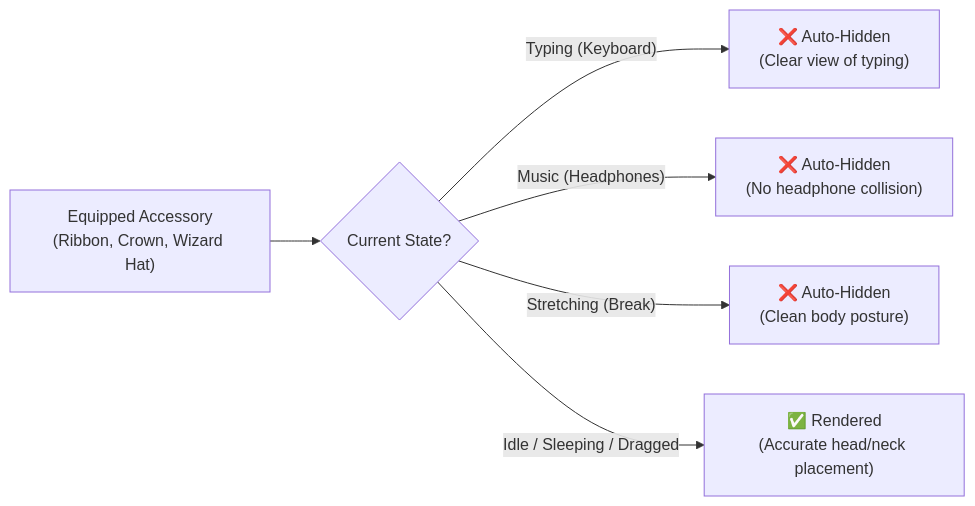
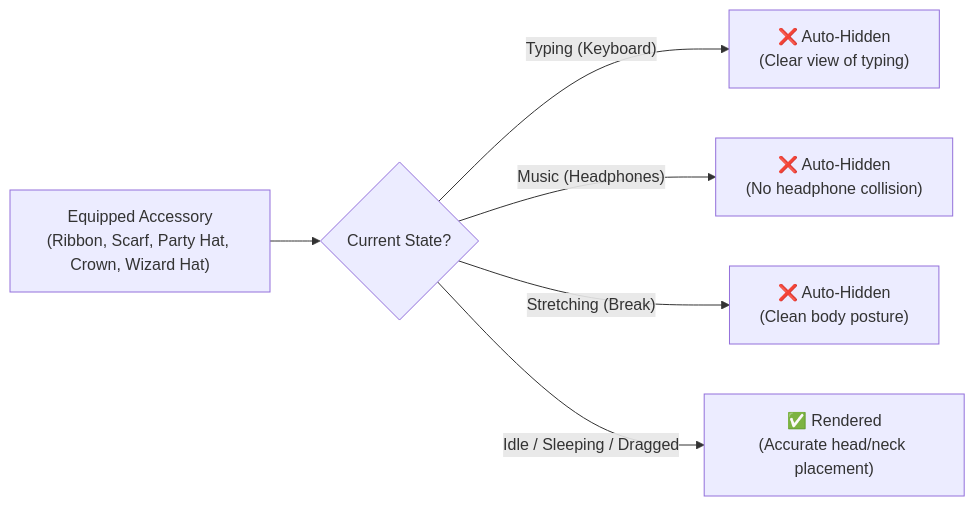
Before and after one commit to MukundhArul/Nyx: the third of 3 diagrams in README.md, drawn with Mermaid. The commit also changed other lines of this file and 2 other files, not shown here.

Commit message:
Feat: Expand Wardrobe (Winter Scarf, Party Hat) and add Feline Breed Coat Patterns (Tuxedo, Ginger Tabby, Calico)

````diff
--- a/README.md
+++ b/README.md
@@ -122,8 +127,8 @@
 ```mermaid
 flowchart LR
-    ACC["Equipped Accessory<br>(Ribbon, Crown, Wizard Hat)"] --> CHECK{"Current State?"}
+    ACC["Equipped Accessory<br>(Ribbon, Scarf, Party Hat, Crown, Wizard Hat)"] --> CHECK{"Current State?"}
     CHECK -->|"Typing (Keyboard)"| HIDE1["❌ Auto-Hidden<br>(Clear view of typing)"]
     CHECK -->|"Music (Headphones)"| HIDE2["❌ Auto-Hidden<br>(No headphone collision)"]
     CHECK -->|"Stretching (Break)"| HIDE3["❌ Auto-Hidden<br>(Clean body posture)"]
     CHECK -->|"Idle / Sleeping / Dragged"| SHOW["✅ Rendered<br>(Accurate head/neck placement)"]
 ```
````
